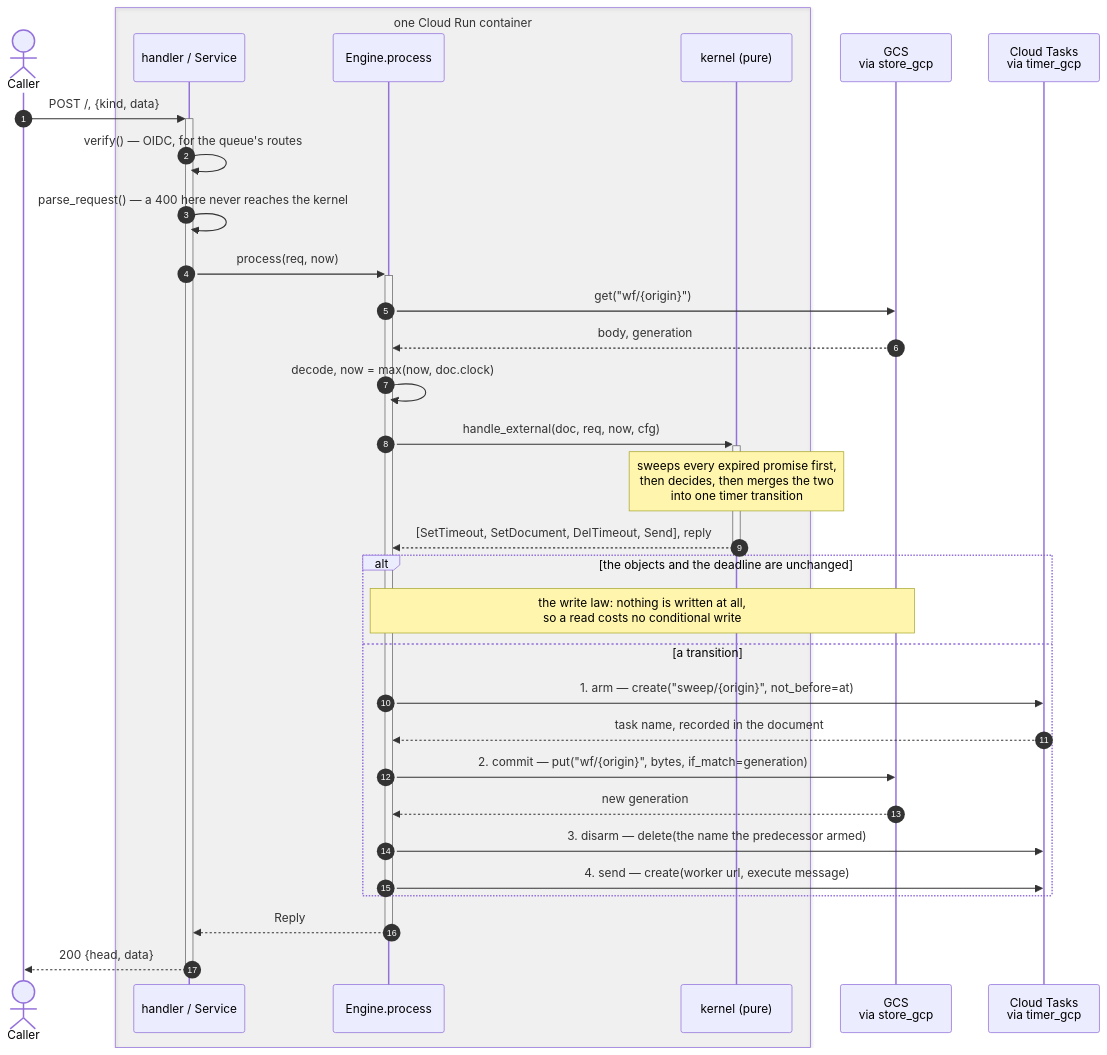
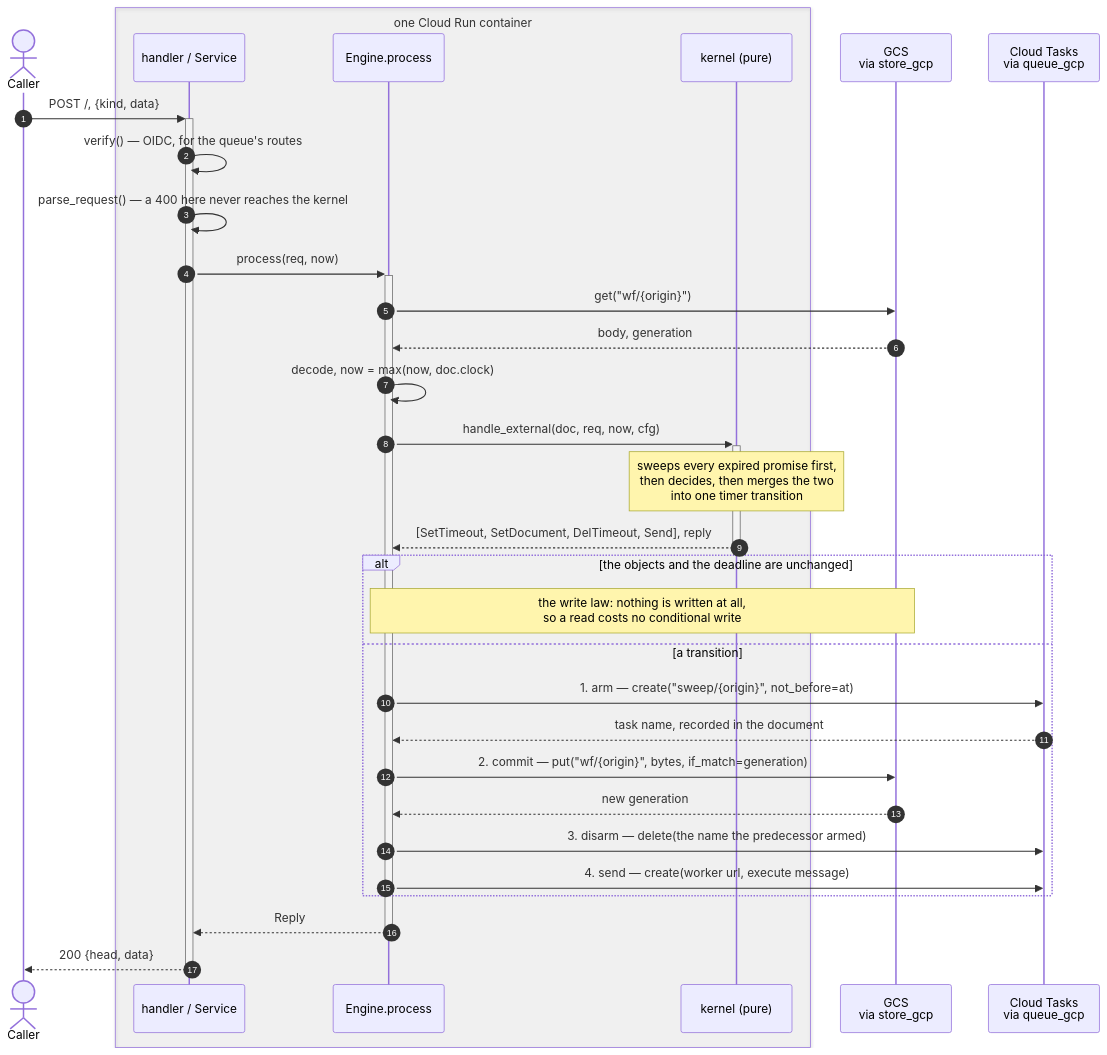
One commit to resonatehq/durable-execution changed the second of 6 diagrams in code/final/SEQUENCE.md. Above: the diagram before and after it, drawn with Mermaid. The commit also changed other lines of this file and 19 other files, not shown here.

````diff
--- a/code/final/SEQUENCE.md
+++ b/code/final/SEQUENCE.md
@@ -76,39 +76,39 @@
 ```mermaid
 sequenceDiagram
     autonumber
     actor C as Caller
     box rgba(128,128,128,0.08) one Cloud Run container
         participant H as handler / Service
         participant E as Engine.process
         participant K as kernel (pure)
     end
     participant S as GCS<br/>via store_gcp
-    participant T as Cloud Tasks<br/>via timer_gcp
+    participant T as Cloud Tasks<br/>via queue_gcp
 
     C->>+H: POST /, {kind, data}
     H->>H: verify() — OIDC, for the queue's routes
     H->>H: parse_request() — a 400 here never reaches the kernel
     H->>+E: process(req, now)
 
     E->>S: get("wf/{origin}")
     S-->>E: body, generation
     E->>E: decode, now = max(now, doc.clock)
 
     E->>+K: handle_external(doc, req, now, cfg)
     Note over K: sweeps every expired promise first,<br/>then decides, then merges the two<br/>into one timer transition
     K-->>-E: [SetTimeout, SetDocument, DelTimeout, Send], reply
 
     alt the objects and the deadline are unchanged
         Note over E,S: the write law: nothing is written at all,<br/>so a read costs no conditional write
     else a transition
         E->>T: 1. arm — create("sweep/{origin}", not_before=at)
         T-->>E: task name, recorded in the document
         E->>S: 2. commit — put("wf/{origin}", bytes, if_match=generation)
         S-->>E: new generation
         E->>T: 3. disarm — delete(the name the predecessor armed)
         E->>T: 4. send — create(worker url, execute message)
     end
 
     E-->>-H: Reply
     H-->>-C: 200 {head, data}
 ```
````
